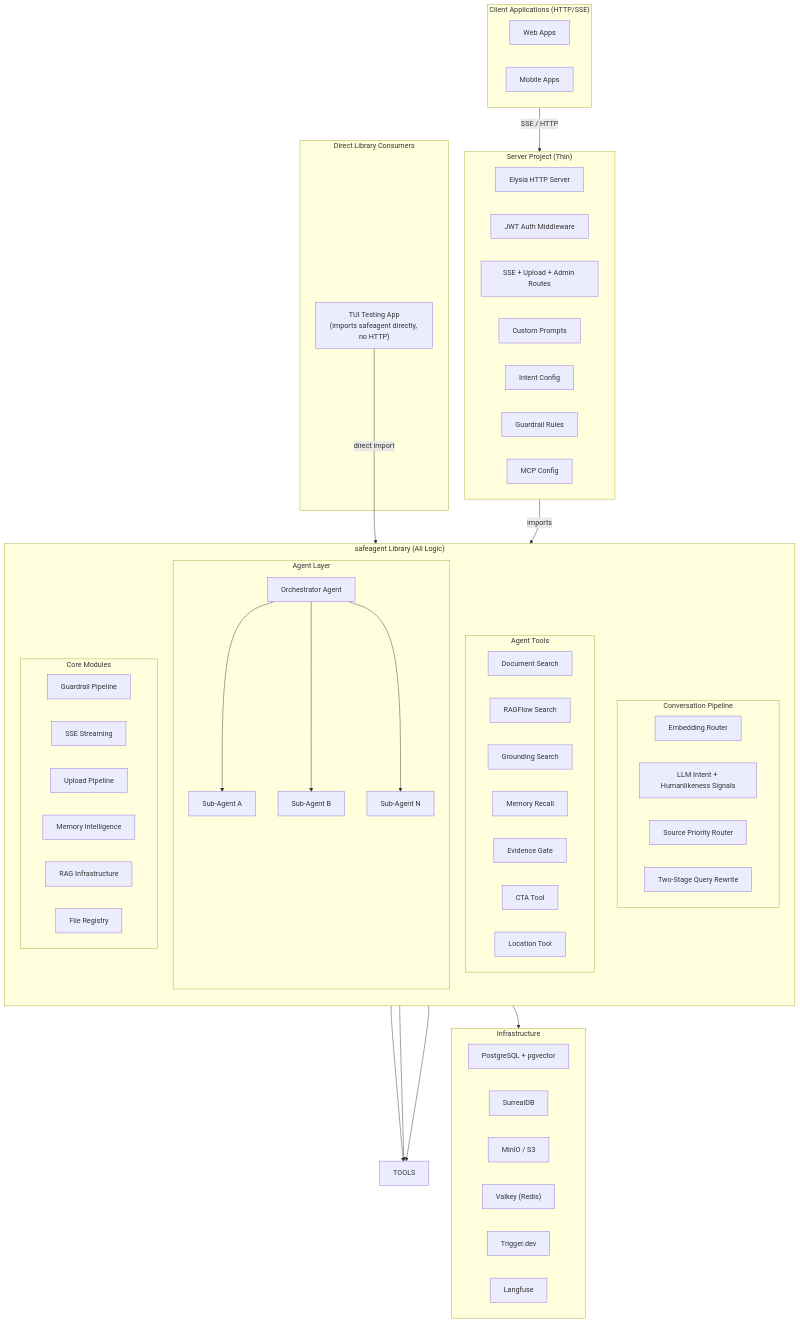
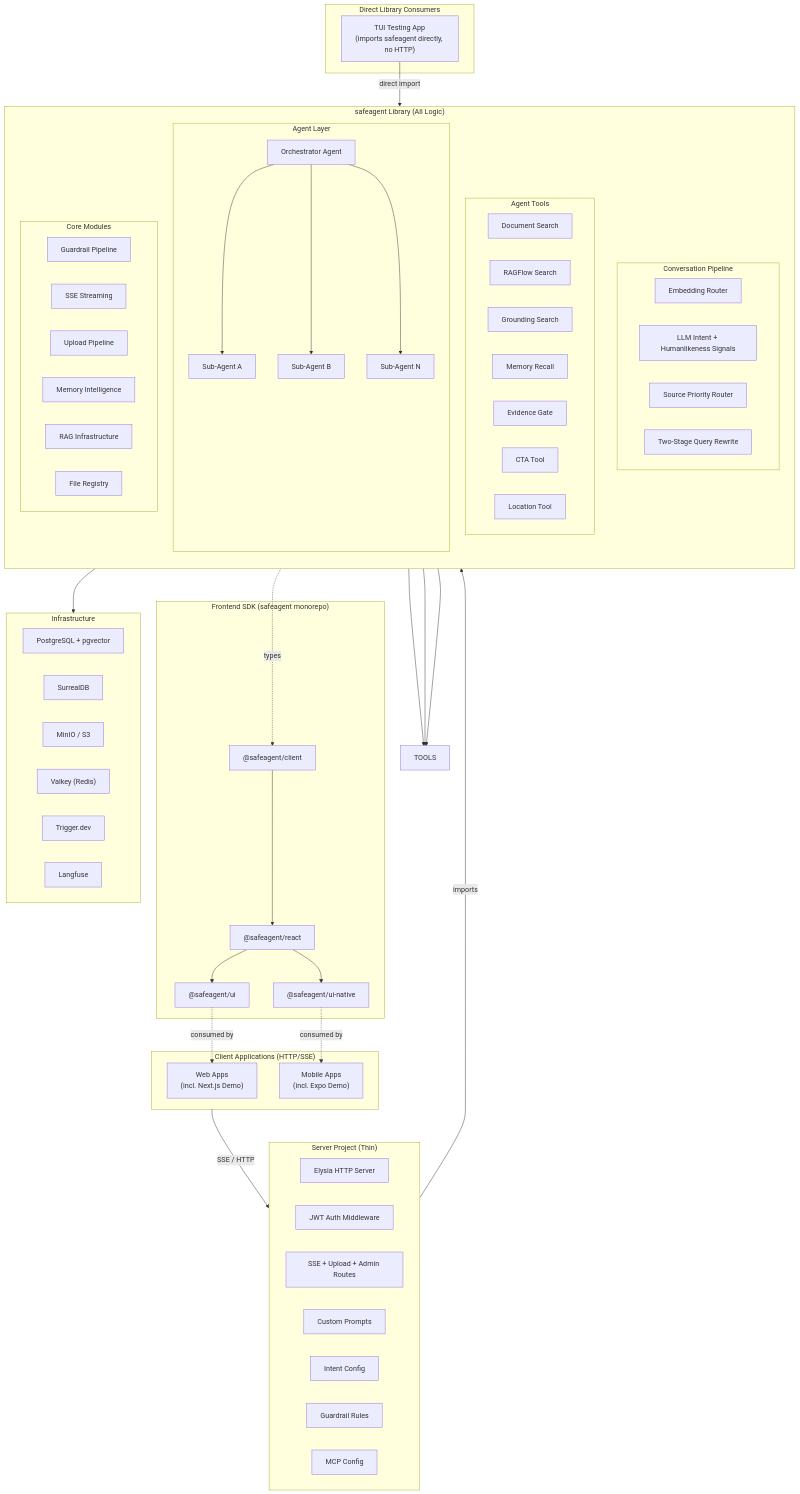
One commit to 1qh/safeagent changed the first of 3 diagrams in plan/overview.md. Above: the diagram before and after it, drawn with Mermaid. The commit also changed other lines of this file, not shown here.

Commit message:
plan: add frontend SDK to system overview — architecture diagram, ToC, deliverables, decisions

````diff
--- a/plan/overview.md
+++ b/plan/overview.md
@@ -13,8 +13,15 @@
 ```mermaid
 graph TB
     subgraph CLIENT_APPLICATIONS["Client Applications (HTTP/SSE)"]
-        WEB["Web Apps"]
-        MOB["Mobile Apps"]
+        WEB["Web Apps\n(incl. Next.js Demo)"]
+        MOB["Mobile Apps\n(incl. Expo Demo)"]
+    end
+
+    subgraph FRONTEND_SDK_PACKAGES["Frontend SDK (safeagent monorepo)"]
+        CLIENT_PKG["@safeagent/client"]
+        REACT_PKG["@safeagent/react"]
+        UI_WEB_PKG["@safeagent/ui"]
+        UI_NATIVE_PKG["@safeagent/ui-native"]
     end
 
     subgraph DIRECT_LIBRARY_CONSUMERS["Direct Library Consumers"]
@@ -82,4 +89,10 @@
     SAFEAGENT_LIBRARY --> INFRASTRUCTURE_LAYER
     ORCH --> SUB_A & SUB_B & SUB_N
     SUB_A & SUB_B & SUB_N --> TOOLS
+
+    SAFEAGENT_LIBRARY -.->|"types"| CLIENT_PKG
+    CLIENT_PKG --> REACT_PKG
+    REACT_PKG --> UI_WEB_PKG & UI_NATIVE_PKG
+    UI_WEB_PKG -.->|"consumed by"| WEB
+    UI_NATIVE_PKG -.->|"consumed by"| MOB
 ```
````
